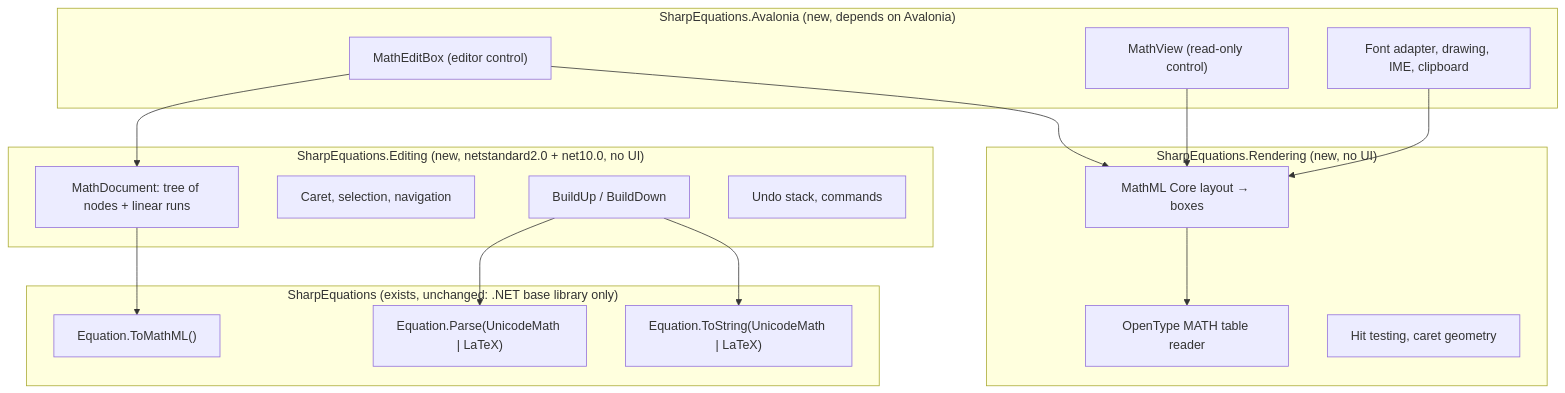
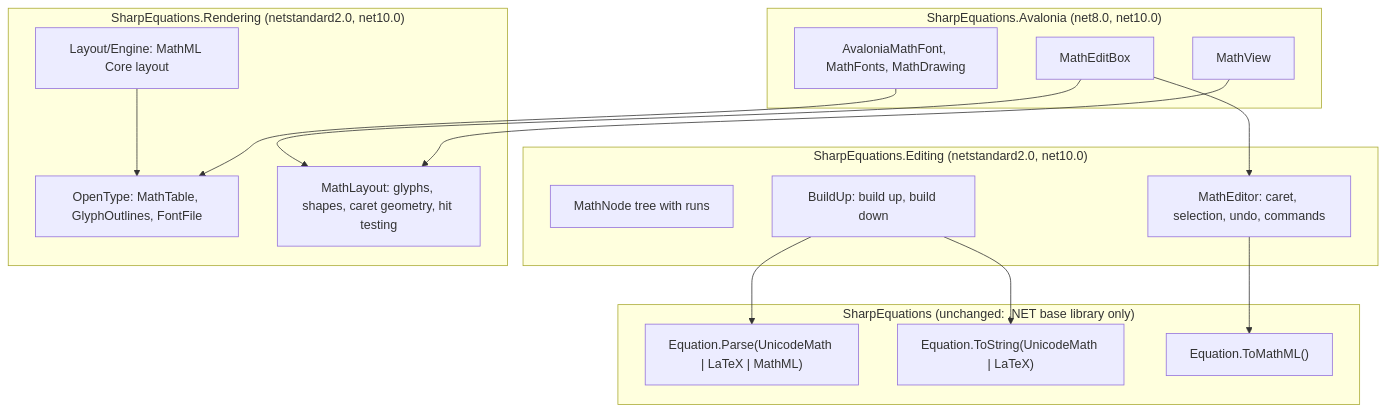
Before and after one commit to simonebortolin/SharpEquations: the diagram in docs/EDITOR.md, drawn with Mermaid. The commit also changed other lines of this file and 46 other files, not shown here.

````diff
--- a/docs/EDITOR.md
+++ b/docs/EDITOR.md
@@ -30,32 +41,31 @@
 ```mermaid
 flowchart TB
-    subgraph Core["SharpEquations (exists, unchanged: .NET base library only)"]
-        P["Equation.Parse(UnicodeMath | LaTeX)"]
+    subgraph Core["SharpEquations (unchanged: .NET base library only)"]
+        P["Equation.Parse(UnicodeMath | LaTeX | MathML)"]
         W["Equation.ToString(UnicodeMath | LaTeX)"]
         X["Equation.ToMathML()"]
     end
-    subgraph Editing["SharpEquations.Editing (new, netstandard2.0 + net10.0, no UI)"]
-        D["MathDocument: tree of nodes + linear runs"]
-        C["Caret, selection, navigation"]
-        B["BuildUp / BuildDown"]
-        U["Undo stack, commands"]
+    subgraph Editing["SharpEquations.Editing (netstandard2.0, net10.0)"]
+        D["MathNode tree with runs"]
+        C["MathEditor: caret, selection, undo, commands"]
+        B["BuildUp: build up, build down"]
     end
-    subgraph Layout["SharpEquations.Rendering (new, no UI)"]
-        M["OpenType MATH table reader"]
-        L["MathML Core layout → boxes"]
-        H["Hit testing, caret geometry"]
+    subgraph Rendering["SharpEquations.Rendering (netstandard2.0, net10.0)"]
+        M["OpenType: MathTable, GlyphOutlines, FontFile"]
+        L["Layout/Engine: MathML Core layout"]
+        H["MathLayout: glyphs, shapes, caret geometry, hit testing"]
     end
-    subgraph Avalonia["SharpEquations.Avalonia (new, depends on Avalonia)"]
-        E["MathEditBox (editor control)"]
-        V["MathView (read-only control)"]
-        F["Font adapter, drawing, IME, clipboard"]
+    subgraph Avalonia["SharpEquations.Avalonia (net8.0, net10.0)"]
+        E["MathEditBox"]
+        V["MathView"]
+        F["AvaloniaMathFont, MathFonts, MathDrawing"]
     end
     B --> P
     B --> W
-    D --> X
-    E --> D
-    E --> L
-    V --> L
+    C --> X
+    E --> C
+    E --> H
+    V --> H
     L --> M
-    F --> L
+    F --> M
 ```
````
